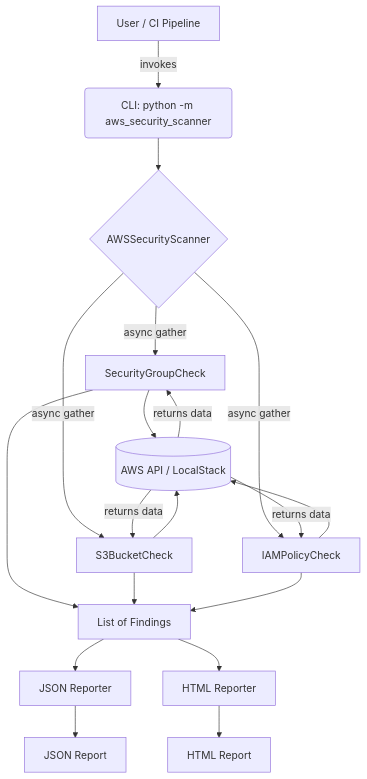
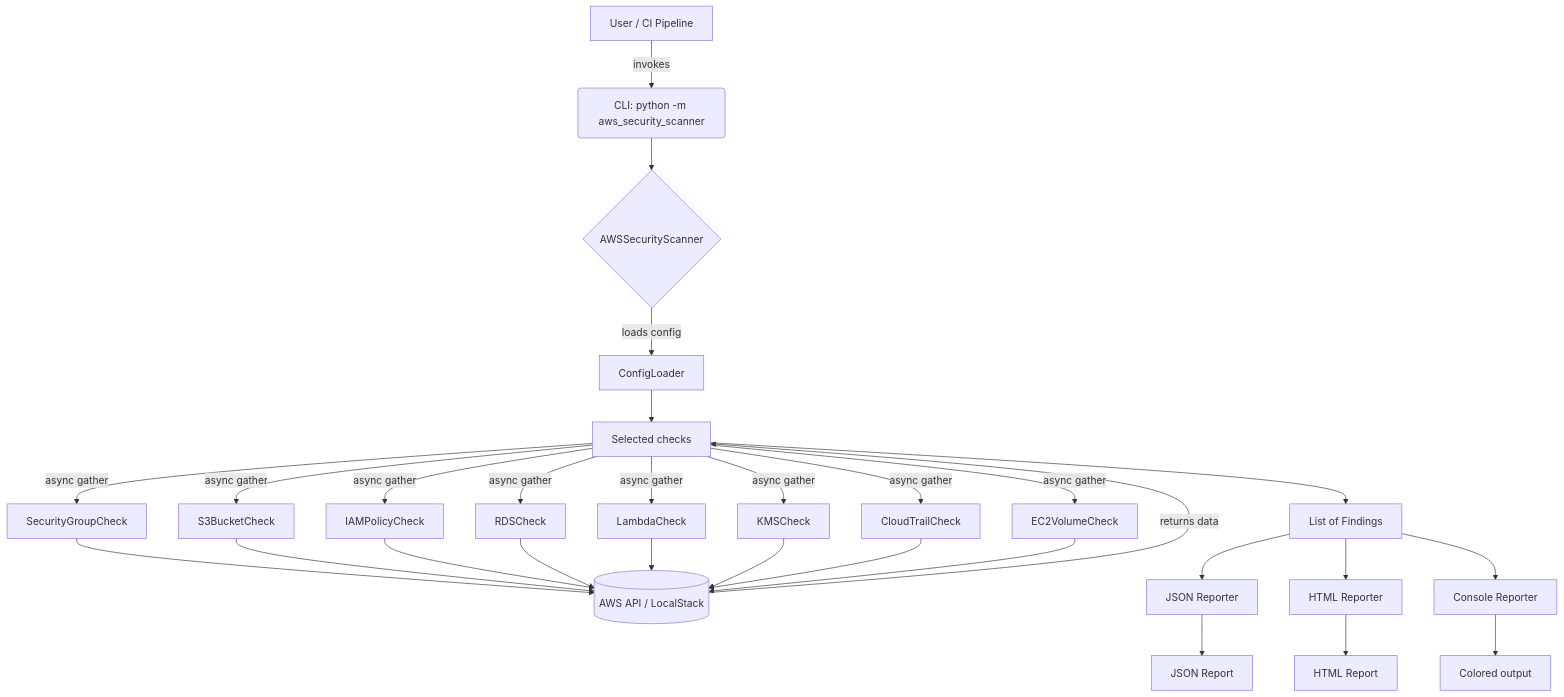
The second of 3 diagrams in README.md (kauand3v/aws-security-scanner), drawn with Mermaid before and after one commit. The commit also changed other lines of this file, not shown here.

````diff
--- a/README.md
+++ b/README.md
@@ -326,21 +436,31 @@
 ```mermaid
 graph TD
     A[User / CI Pipeline] -->|invokes| B(CLI: python -m aws_security_scanner)
     B --> C{AWSSecurityScanner}
-    C -->|async gather| D[SecurityGroupCheck]
-    C -->|async gather| E[S3BucketCheck]
-    C -->|async gather| F[IAMPolicyCheck]
-    D --> G[(AWS API / LocalStack)]
-    E --> G
-    F --> G
-    G -->|returns data| D
-    G -->|returns data| E
-    G -->|returns data| F
-    D --> H[List of Findings]
-    E --> H
-    F --> H
-    H --> I[JSON Reporter]
-    H --> J[HTML Reporter]
-    I --> K[JSON Report]
-    J --> L[HTML Report]
+    C -->|loads config| D[ConfigLoader]
+    D --> E[Selected checks]
+    E -->|async gather| F[SecurityGroupCheck]
+    E -->|async gather| G[S3BucketCheck]
+    E -->|async gather| H[IAMPolicyCheck]
+    E -->|async gather| I[RDSCheck]
+    E -->|async gather| J[LambdaCheck]
+    E -->|async gather| K[KMSCheck]
+    E -->|async gather| L[CloudTrailCheck]
+    E -->|async gather| M[EC2VolumeCheck]
+    F --> N[(AWS API / LocalStack)]
+    G --> N
+    H --> N
+    I --> N
+    J --> N
+    K --> N
+    L --> N
+    M --> N
+    N -->|returns data| E
+    E --> O[List of Findings]
+    O --> P[JSON Reporter]
+    O --> Q[HTML Reporter]
+    O --> R[Console Reporter]
+    P --> S[JSON Report]
+    Q --> T[HTML Report]
+    R --> U[Colored output]
 ```
````
